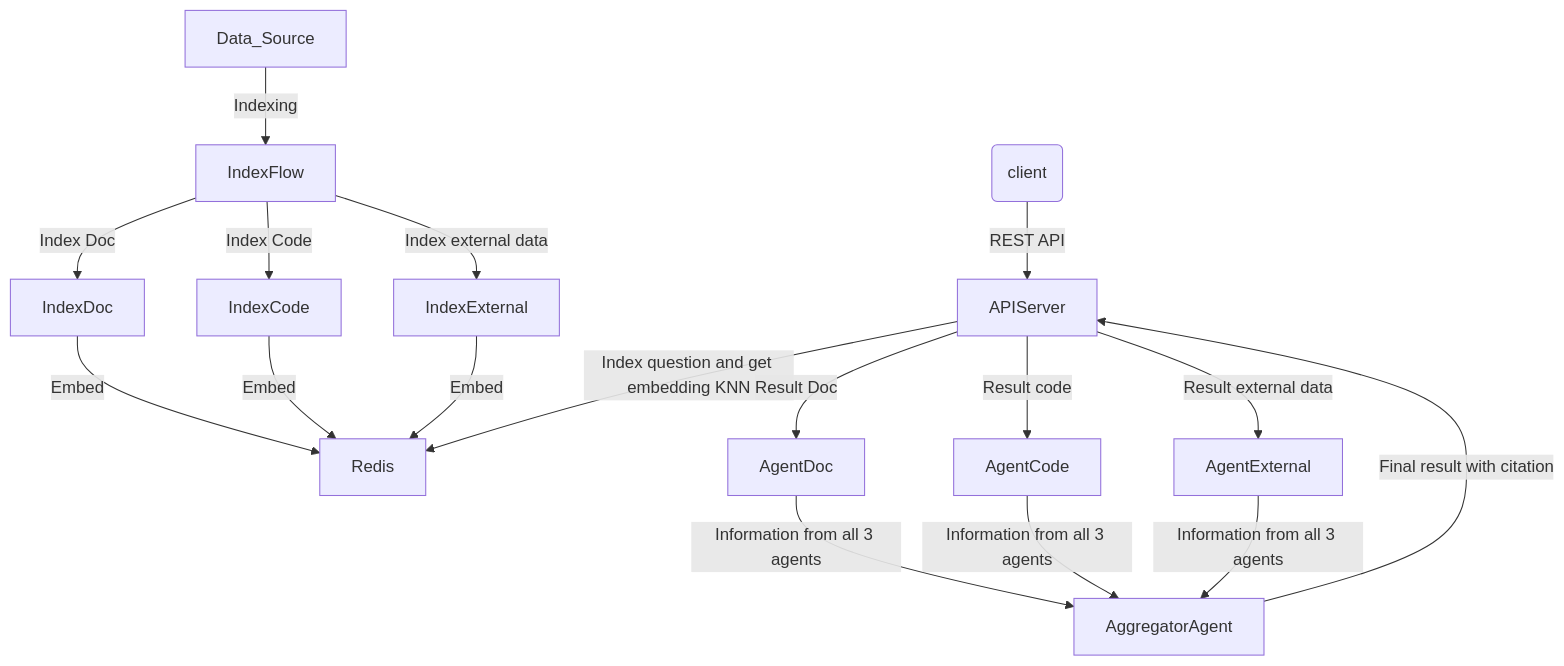
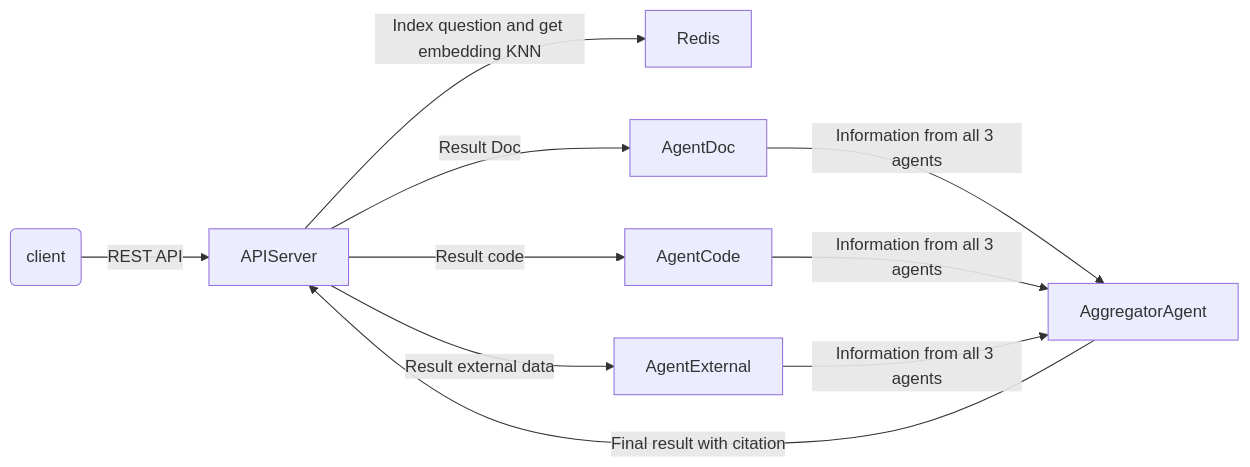
The second of 2 diagrams in README.md (patel-lay/contex-aware-search), drawn with Mermaid before and after one commit. The commit also changed 3 other files, not shown here.

````diff
--- a/README.md
+++ b/README.md
@@ -5,21 +15,13 @@
 ```mermaid
-graph TD;
-    Data_Source --> |Indexing | IndexFlow;
-    IndexFlow --> |Index Doc | IndexDoc;
-    IndexFlow --> |Index Code | IndexCode;
-    IndexFlow --> |Index external data | IndexExternal;
-    IndexDoc --> | Embed  | Redis;
-    IndexCode --> | Embed | Redis;
-    IndexExternal --> | Embed | Redis;
-
+graph LR;
     User(client) --> |REST API | APIServer;
     APIServer --> |Index question and get embedding KNN| Redis;
     APIServer --> | Result Doc | AgentDoc;
     APIServer --> | Result code | AgentCode;
     APIServer --> | Result external data | AgentExternal;
     AgentDoc --> | Information from all 3 agents | AggregatorAgent;
     AgentCode --> | Information from all 3 agents | AggregatorAgent;
     AgentExternal --> | Information from all 3 agents | AggregatorAgent;
     AggregatorAgent --> | Final result with citation | APIServer;
 
 ```
````
